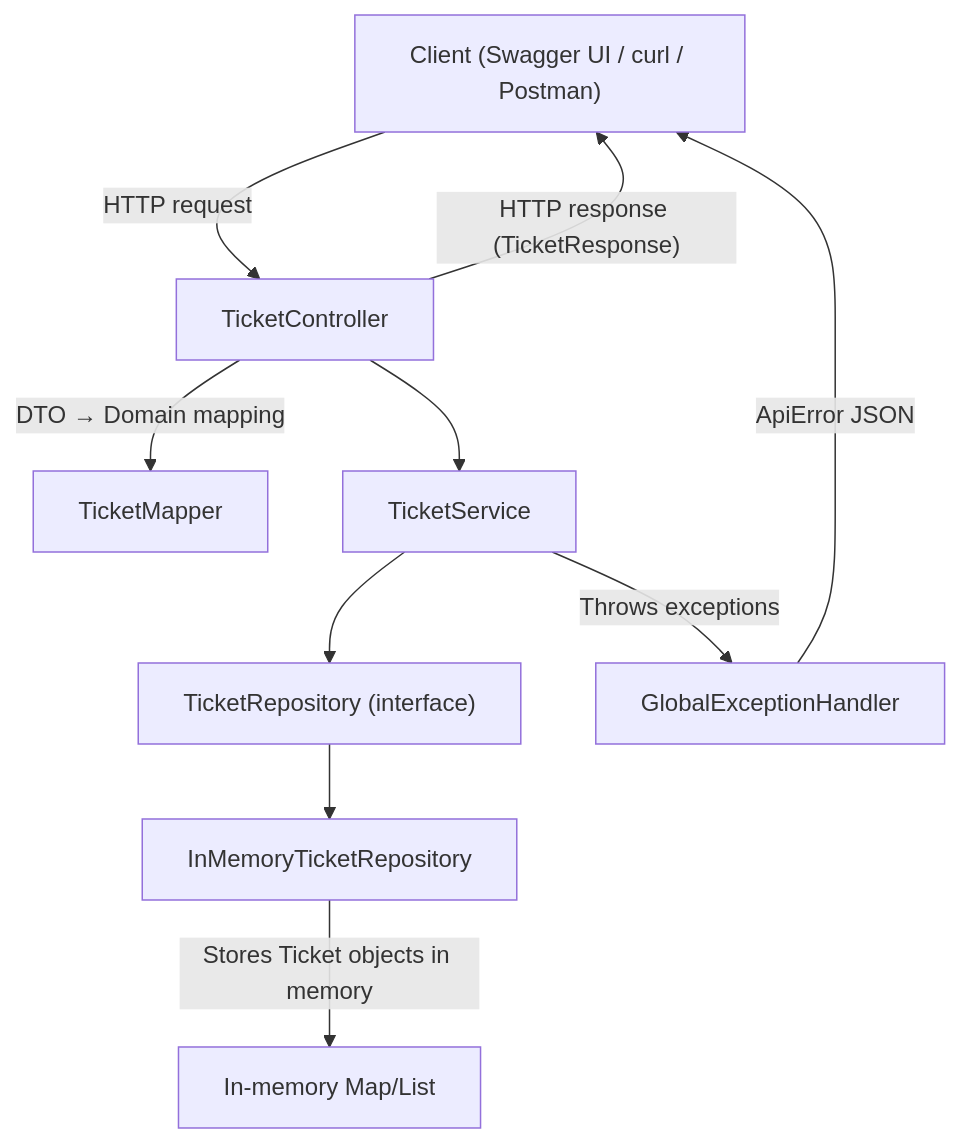
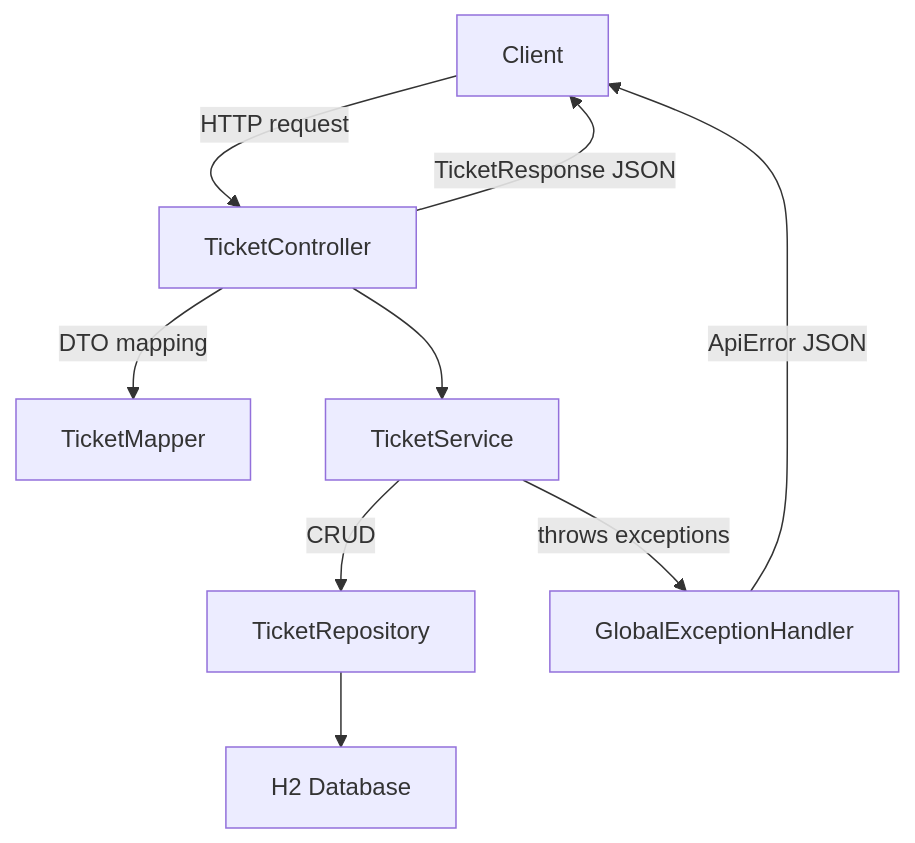
Before and after one commit to jdoan5/Java: the diagram in Java Project 2/Helpdesk Ticket Triage System/helpdesk-triage (Stage 3)/Helpdesk Ticket Triage System/README.md, drawn with Mermaid. The commit also changed other lines of this file and 14 other files, not shown here.

````diff
--- a/Java Project 2/Helpdesk Ticket Triage System/helpdesk-triage (Stage 3)/Helpdesk Ticket Triage System/README.md
+++ b/Java Project 2/Helpdesk Ticket Triage System/helpdesk-triage (Stage 3)/Helpdesk Ticket Triage System/README.md
@@ -76,13 +36,11 @@
 ```mermaid
- flowchart TD
-    A["Client (Swagger UI / curl / Postman)"] -->|"HTTP request"| B["TicketController"]
-    B -->|"DTO → Domain mapping"| C["TicketMapper"]
-    B --> D["TicketService"]
-    D --> E["TicketRepository (interface)"]
-    E --> F["InMemoryTicketRepository"]
-    F -->|"Stores Ticket objects in memory"| H["In-memory Map/List"]
-
-    D -->|"Throws exceptions"| G["GlobalExceptionHandler"]
-    G -->|"ApiError JSON"| A
-    B -->|"HTTP response (TicketResponse)"| A
+flowchart TD
+  A[Client] -->|HTTP request| B[TicketController]
+  B -->|DTO mapping| C[TicketMapper]
+  B --> D[TicketService]
+  D -->|CRUD| E[TicketRepository]
+  E --> F[H2 Database]
+  D -->|throws exceptions| G[GlobalExceptionHandler]
+  G -->|ApiError JSON| A
+  B -->|TicketResponse JSON| A
 ```
````
